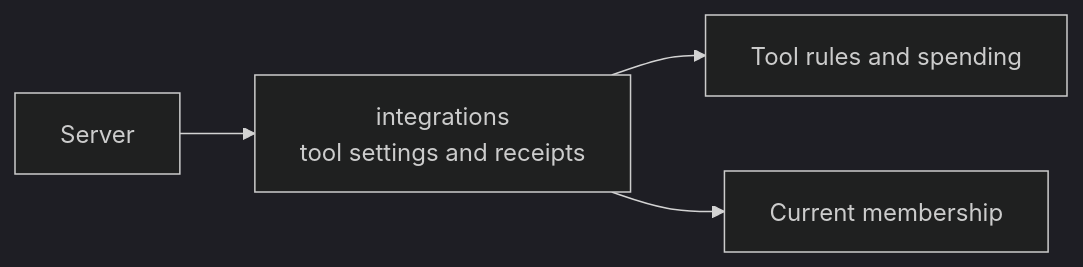
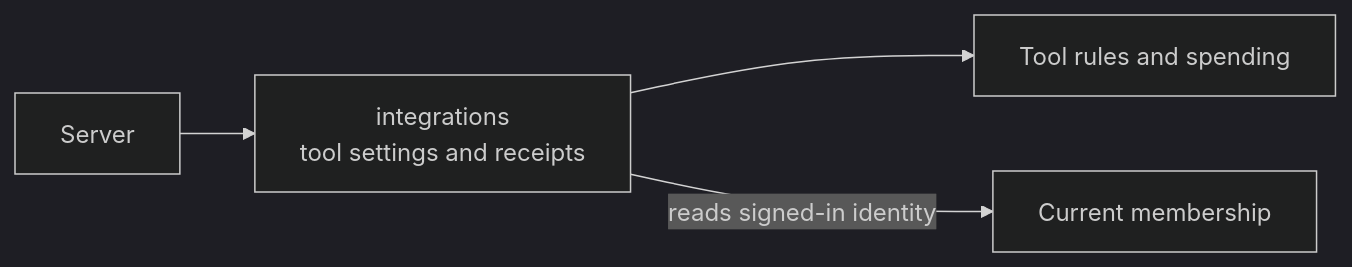
One commit to elewa-git/opencrane-new changed the diagram in apps/server/src/integrations/README.md. Above: the diagram before and after it, drawn with Mermaid (dark theme). The commit also changed other lines of this file and 10 other files, not shown here.

````diff
--- a/apps/server/src/integrations/README.md
+++ b/apps/server/src/integrations/README.md
@@ -65,6 +69,6 @@
 ```mermaid
 flowchart LR
   server[Server] --> integrations["integrations<br/>tool settings and receipts"]
   integrations --> models[Tool rules and spending]
-  integrations --> members[Current membership]
+  integrations -->|reads signed-in identity| members[Current membership]
 ```
````
